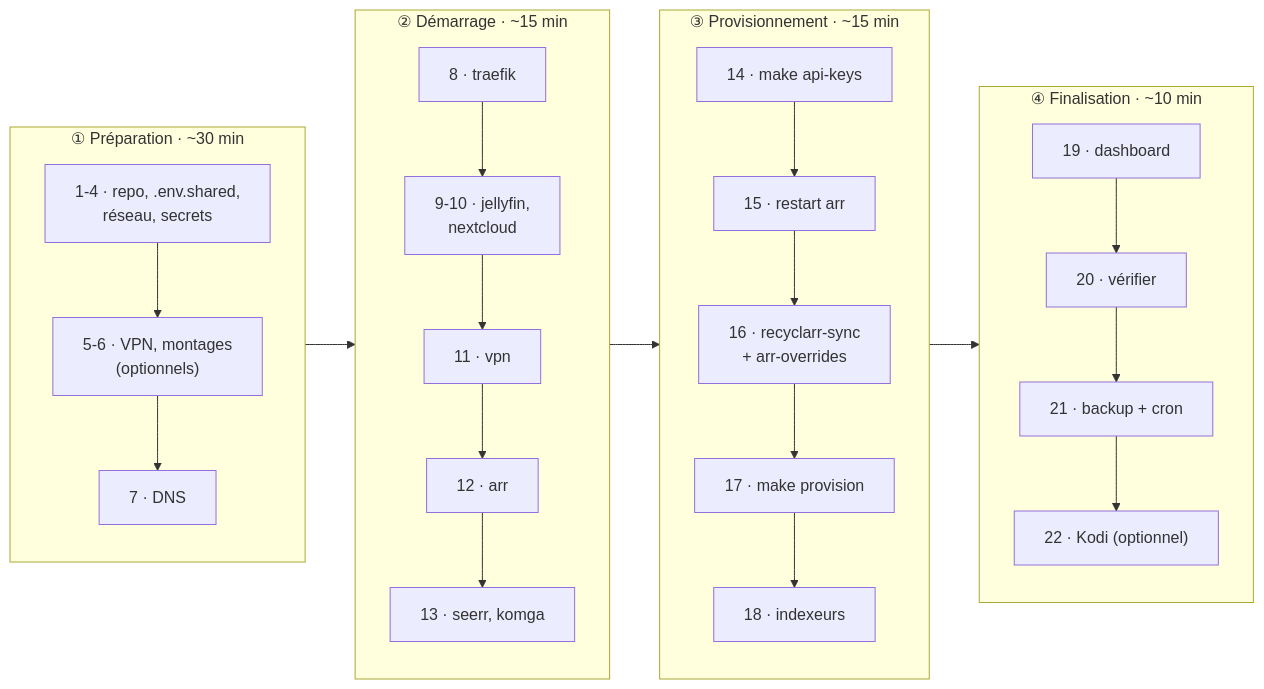
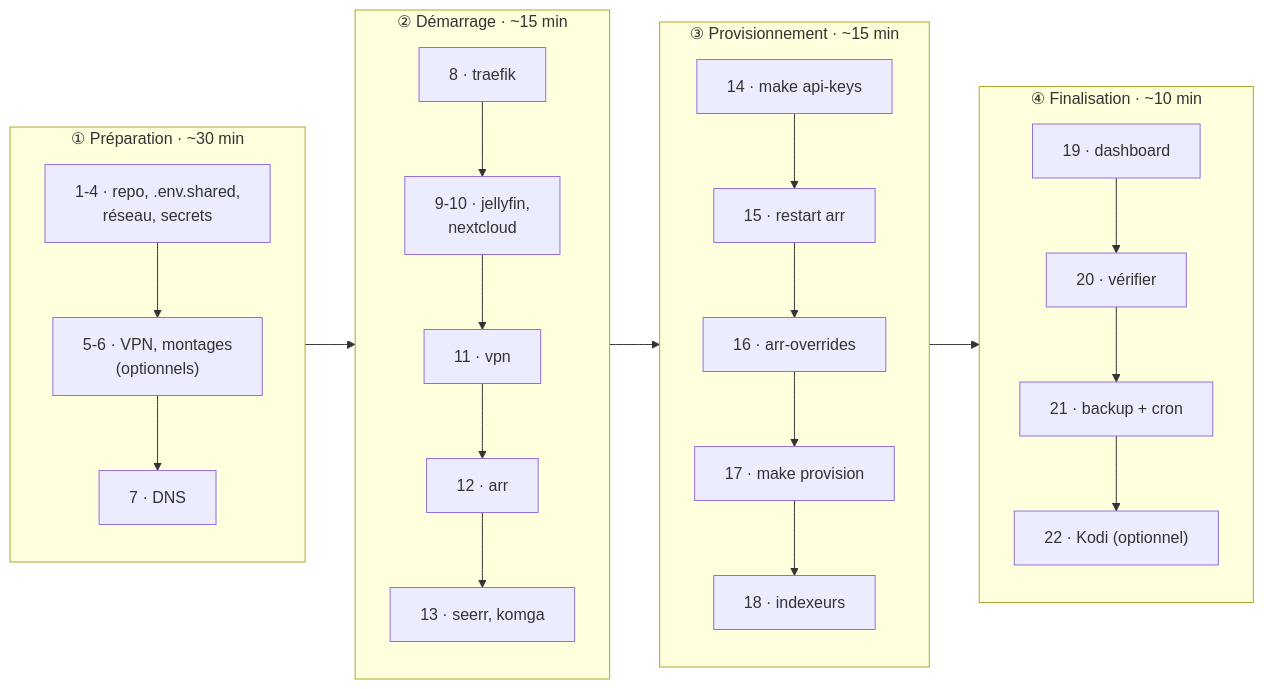
Before and after one commit to nattyebola/home-server-services: the diagram in docs/installation.md, drawn with Mermaid. The commit also changed other lines of this file and 29 other files, not shown here.

First line of the commit message:
feat(arr): profils de qualité réécrits depuis des règles, recyclarr retiré

````diff
--- a/docs/installation.md
+++ b/docs/installation.md
@@ -8,20 +8,20 @@
 ```mermaid
 flowchart LR
     subgraph P1["① Préparation · ~30 min"]
         direction TB
         s1["1-4 · repo, .env.shared,<br>réseau, secrets"] --> s5["5-6 · VPN, montages<br>(optionnels)"] --> s7["7 · DNS"]
     end
     subgraph P2["② Démarrage · ~15 min"]
         direction TB
         s8["8 · traefik"] --> s9["9-10 · jellyfin,<br>nextcloud"] --> s11["11 · vpn"] --> s12["12 · arr"] --> s13["13 · seerr, komga"]
     end
     subgraph P3["③ Provisionnement · ~15 min"]
         direction TB
-        s14["14 · make api-keys"] --> s15["15 · restart arr"] --> s16["16 · recyclarr-sync<br>+ arr-overrides"] --> s17["17 · make provision"] --> s18["18 · indexeurs"]
+        s14["14 · make api-keys"] --> s15["15 · restart arr"] --> s16["16 · arr-overrides"] --> s17["17 · make provision"] --> s18["18 · indexeurs"]
     end
     subgraph P4["④ Finalisation · ~10 min"]
         direction TB
         s19["19 · dashboard"] --> s20["20 · vérifier"] --> s21["21 · backup + cron"] --> s22["22 · Kodi (optionnel)"]
     end
     P1 --> P2 --> P3 --> P4
 ```
````
